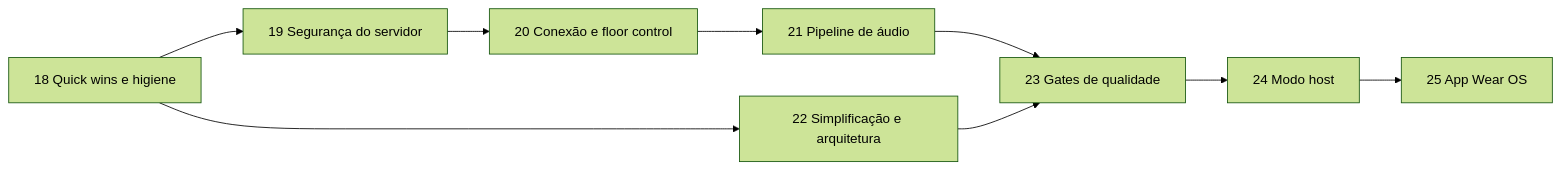
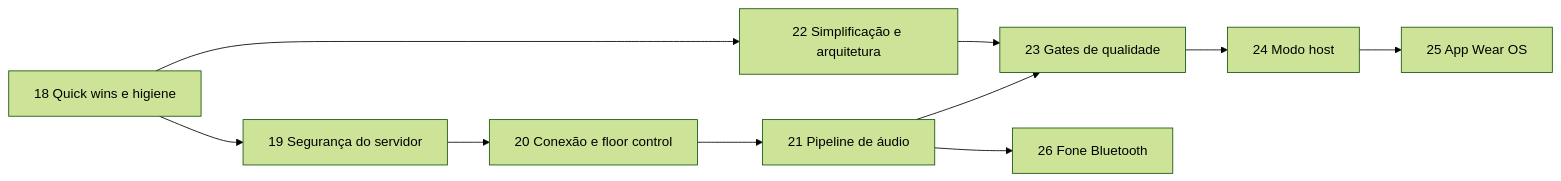
One commit to rcleandro/ptt-lan changed the diagram in docs/ROADMAP_MELHORIAS.md. Above: the diagram before and after it, drawn with Mermaid (forest theme). The commit also changed other lines of this file, not shown here.

Commit message:
docs: add phase 26 bluetooth headsets to the roadmap

````diff
--- a/docs/ROADMAP_MELHORIAS.md
+++ b/docs/ROADMAP_MELHORIAS.md
@@ -28,11 +28,12 @@
 ```mermaid
 graph LR
     F18[18 Quick wins e higiene] --> F19[19 Segurança do servidor]
     F19 --> F20[20 Conexão e floor control]
     F20 --> F21[21 Pipeline de áudio]
     F18 --> F22[22 Simplificação e arquitetura]
     F21 --> F23[23 Gates de qualidade]
     F22 --> F23
     F23 --> F24[24 Modo host]
     F24 --> F25[25 App Wear OS]
+    F21 --> F26[26 Fone Bluetooth]
 ```
````
